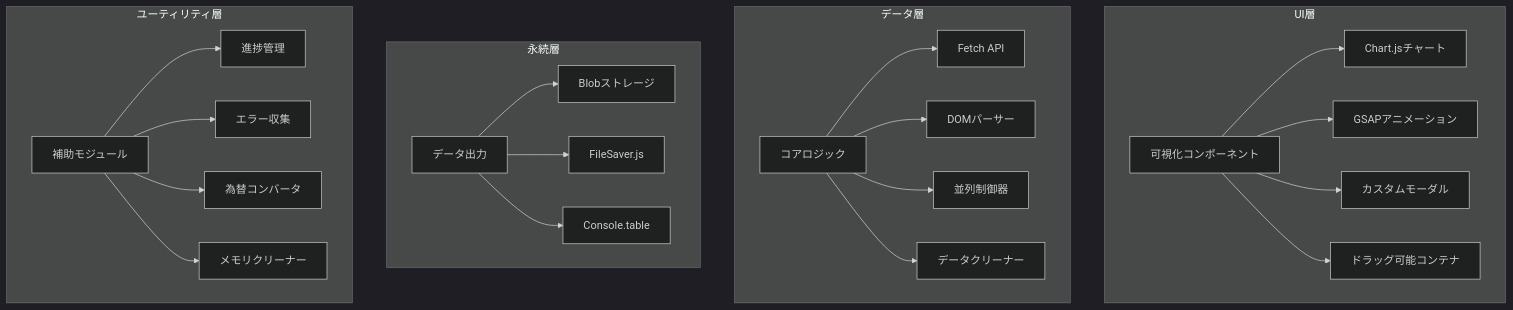
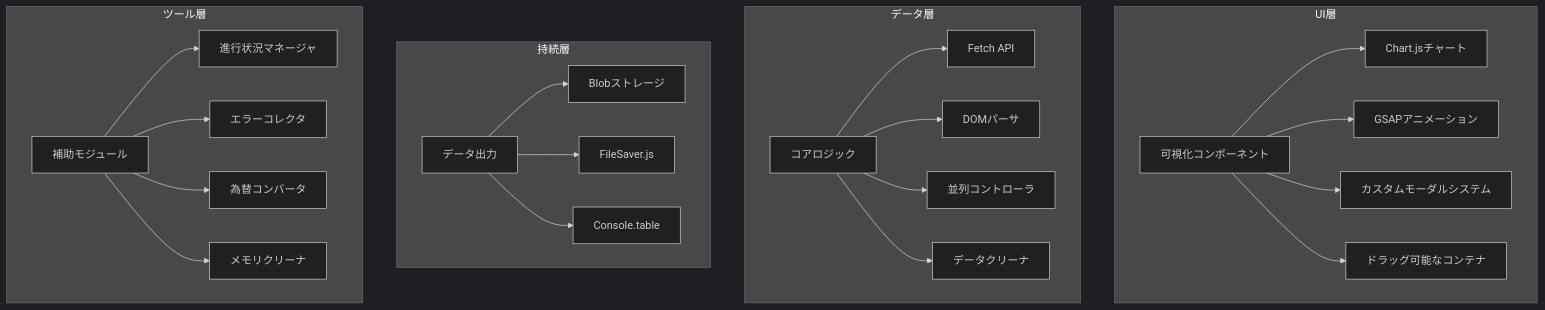
The fifth of 6 diagrams in README-JP.md (linyaocrush/DLsite-Purchase-Analyzer), drawn with Mermaid (dark theme) before and after one commit. The commit also changed other lines of this file, not shown here.

````diff
--- a/README-JP.md
+++ b/README-JP.md
@@ -275,29 +295,29 @@
 ```mermaid
 graph TB
     subgraph UI層
         A[可視化コンポーネント] --> A1[Chart.jsチャート]
         A --> A2[GSAPアニメーション]
-        A --> A3[カスタムモーダル]
-        A --> A4[ドラッグ可能コンテナ]
+        A --> A3[カスタムモーダルシステム]
+        A --> A4[ドラッグ可能なコンテナ]
     end
     
     subgraph データ層
         B[コアロジック] --> B1[Fetch API]
-        B --> B2[DOMパーサー]
-        B --> B3[並列制御器]
-        B --> B4[データクリーナー]
+        B --> B2[DOMパーサ]
+        B --> B3[並列コントローラ]
+        B --> B4[データクリーナ]
     end
     
-    subgraph 永続層
+    subgraph 持続層
         C[データ出力] --> C1[Blobストレージ]
         C --> C2[FileSaver.js]
         C --> C3[Console.table]
     end
     
-    subgraph ユーティリティ層
-        D[補助モジュール] --> D1[進捗管理]
-        D --> D2[エラー収集]
+    subgraph ツール層
+        D[補助モジュール] --> D1[進行状況マネージャ]
+        D --> D2[エラーコレクタ]
         D --> D3[為替コンバータ]
-        D --> D4[メモリクリーナー]
+        D --> D4[メモリクリーナ]
     end
 ```
````
